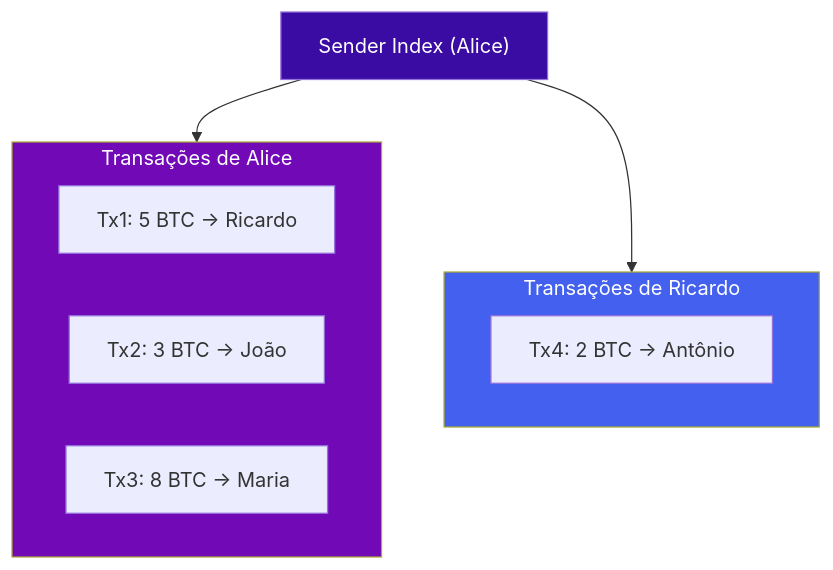
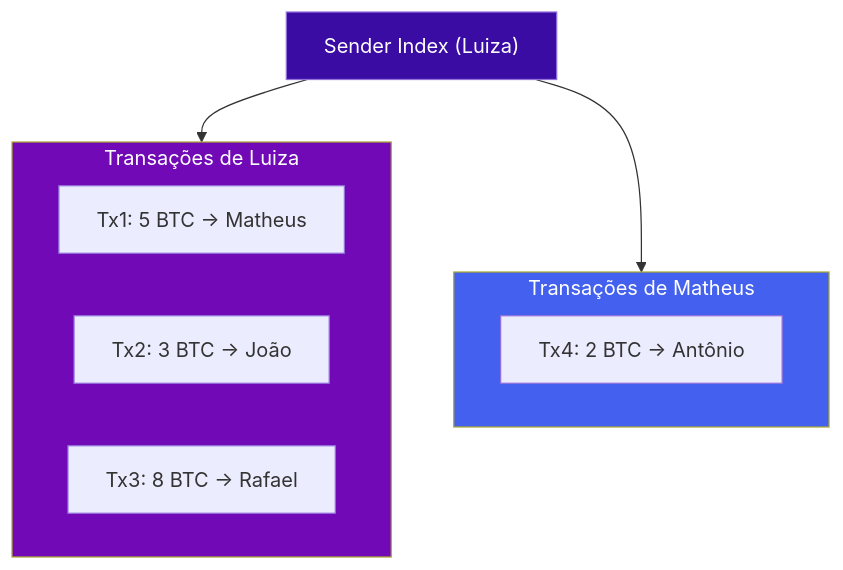
One commit to Rafa516/Blockchain_Btree_Indexer changed the eighth of 10 diagrams in Documentos/Documentação do Projeto - Blockchain B-tree Indexer.md. Above: the diagram before and after it, drawn with Mermaid. The commit also changed other lines of this file and 2 other files, not shown here.

````diff
--- a/Documentos/Documentação do Projeto - Blockchain B-tree Indexer.md
+++ b/Documentos/Documentação do Projeto - Blockchain B-tree Indexer.md
@@ -596,20 +596,20 @@
 ```mermaid
 graph TD
     style Root fill:#3a0ca3,color:white
-    Root["Sender Index (Alice)"]
+    Root["Sender Index (Luiza)"]
     
-    subgraph TXs_Alice["Transações de Alice"]
-        style TXs_Alice fill:#7209b7,color:white
-        A1["Tx1: 5 BTC → Ricardo"]
+    subgraph TXs_Luiza["Transações de Luiza"]
+        style TXs_Luiza fill:#7209b7,color:white
+        A1["Tx1: 5 BTC → Matheus"]
         A2["Tx2: 3 BTC → João"]
-        A3["Tx3: 8 BTC → Maria"]
+        A3["Tx3: 8 BTC → Rafael"]
     end
     
-    subgraph TXs_Ricardo["Transações de Ricardo"]
-        style TXs_Ricardo fill:#4361ee,color:white
+    subgraph TXs_Matheus["Transações de Matheus"]
+        style TXs_Matheus fill:#4361ee,color:white
         B1["Tx4: 2 BTC → Antônio"]
     end
     
-    Root --> TXs_Alice
-    Root --> TXs_Ricardo
+    Root --> TXs_Luiza
+    Root --> TXs_Matheus
 ```
````
